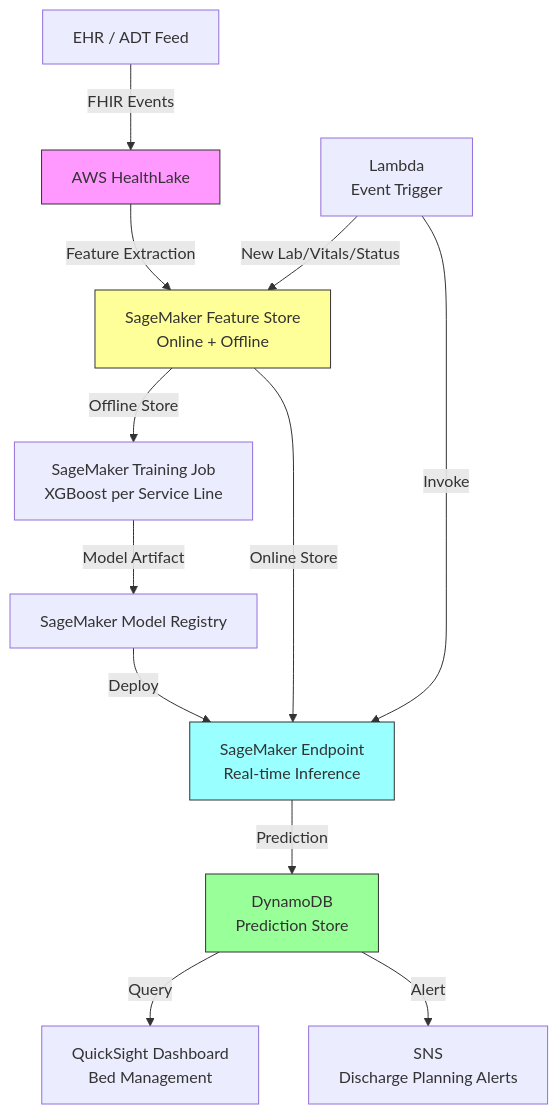
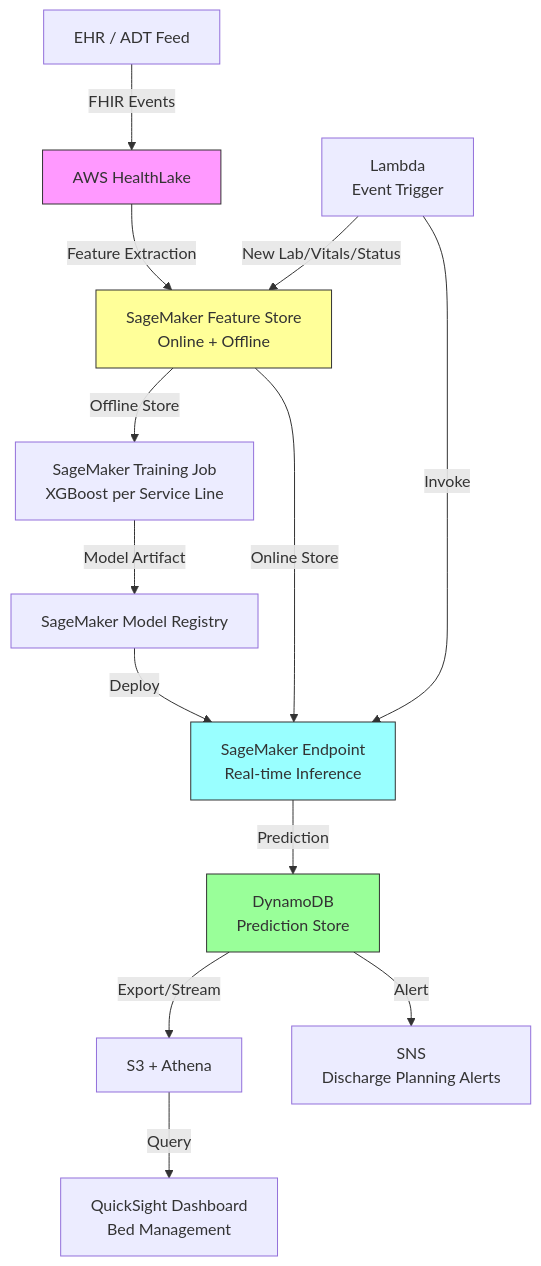
One commit to ccrngd1/HCLS-ai-book changed the diagram in chapter07.07-length-of-stay-prediction.md. Above: the diagram before and after it, drawn with Mermaid. The commit also changed other lines of this file and 4 other files, not shown here.

````diff
--- a/chapter07.07-length-of-stay-prediction.md
+++ b/chapter07.07-length-of-stay-prediction.md
@@ -135,23 +137,24 @@
 ```mermaid
 flowchart TD
     A[EHR / ADT Feed] -->|FHIR Events| B[AWS HealthLake]
     B -->|Feature Extraction| C[SageMaker Feature Store\nOnline + Offline]
     
     C -->|Offline Store| D[SageMaker Training Job\nXGBoost per Service Line]
     D -->|Model Artifact| E[SageMaker Model Registry]
     E -->|Deploy| F[SageMaker Endpoint\nReal-time Inference]
     
     C -->|Online Store| F
     
     G[Lambda\nEvent Trigger] -->|New Lab/Vitals/Status| C
     G -->|Invoke| F
     
     F -->|Prediction| H[DynamoDB\nPrediction Store]
-    H -->|Query| I[QuickSight Dashboard\nBed Management]
+    H -->|Export/Stream| K[S3 + Athena]
+    K -->|Query| I[QuickSight Dashboard\nBed Management]
     H -->|Alert| J[SNS\nDischarge Planning Alerts]
     
     style B fill:#f9f,stroke:#333
     style C fill:#ff9,stroke:#333
     style F fill:#9ff,stroke:#333
     style H fill:#9f9,stroke:#333
 ```
````
